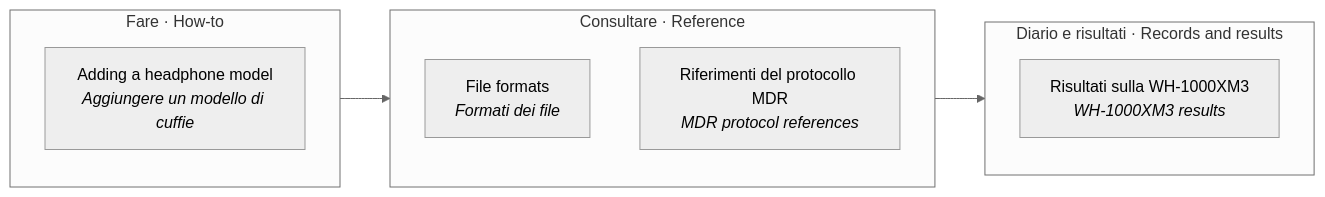
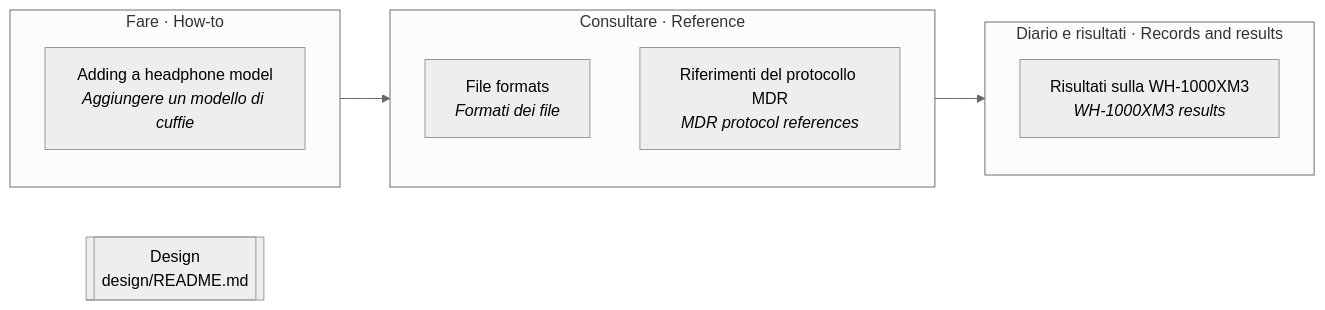
Before and after one commit to dooperdrew/knurl-probe: the diagram in docs/README.md, drawn with Mermaid (neutral theme). The commit also changed other lines of this file, not shown here.

````diff
--- a/docs/README.md
+++ b/docs/README.md
@@ -9,15 +9,16 @@
 ```mermaid
 flowchart LR
+  design[["Design<br/>design/README.md"]]
   subgraph how_to["Fare · How-to"]
     d0["Adding a headphone model<br/><i>Aggiungere un modello di cuffie</i>"]
   end
   subgraph reference["Consultare · Reference"]
     d1["File formats<br/><i>Formati dei file</i>"]
     d2["Riferimenti del protocollo MDR<br/><i>MDR protocol references</i>"]
   end
   subgraph record["Diario e risultati · Records and results"]
     d3["Risultati sulla WH-1000XM3<br/><i>WH-1000XM3 results</i>"]
   end
   how_to --> reference
   reference --> record
 ```
````
